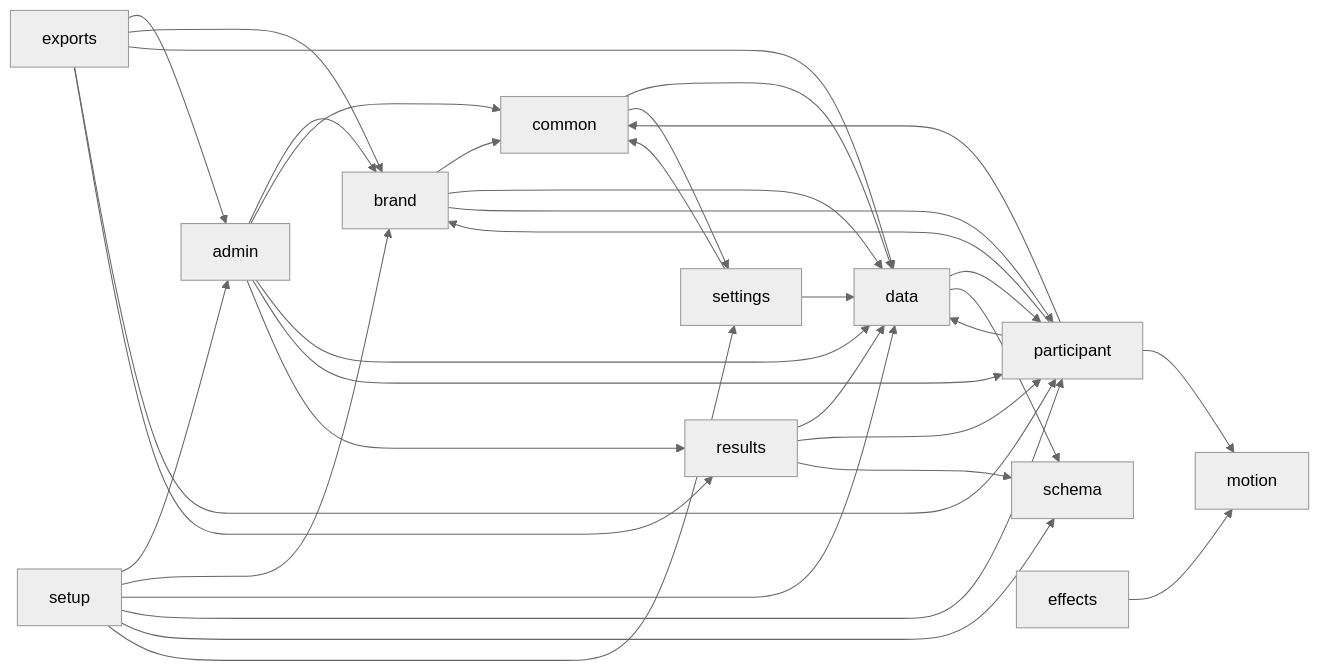
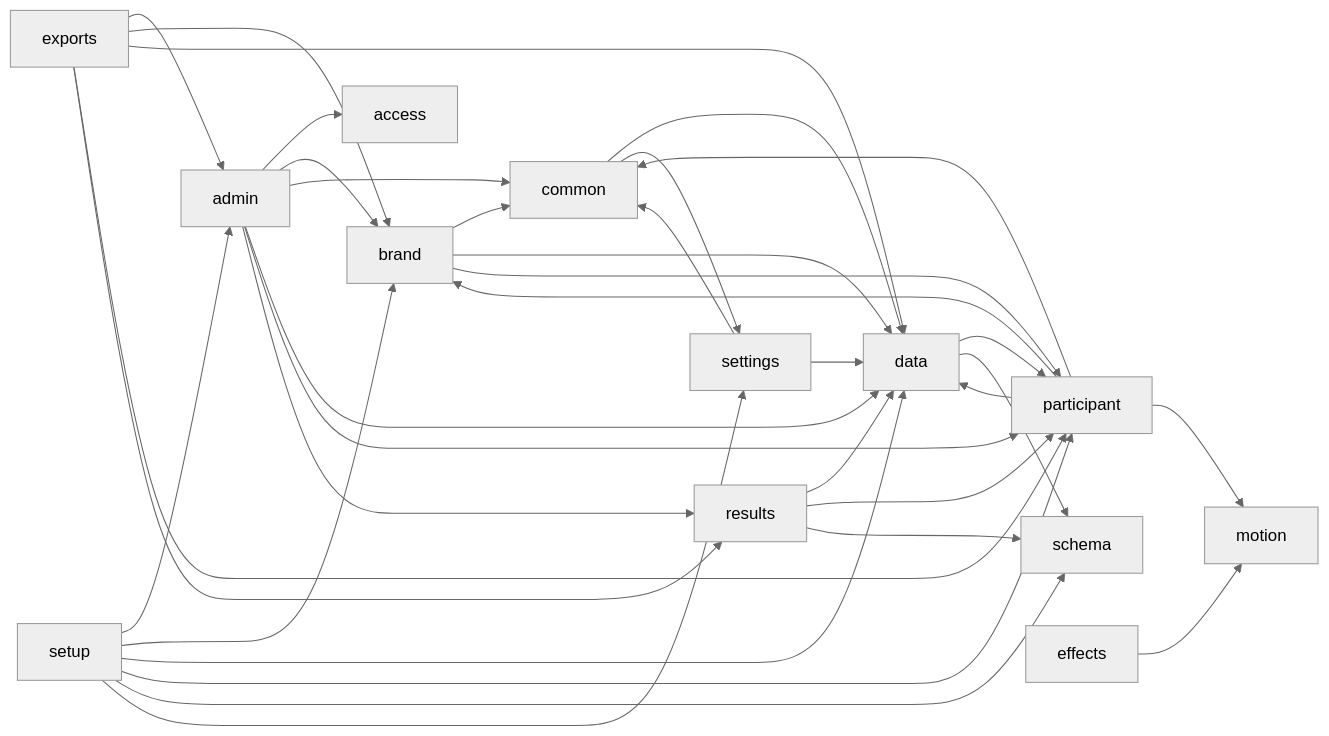
Before and after one commit to satyagames/pursuit-managed-services: the diagram in docs/MODULES.md, drawn with Mermaid (neutral theme). The commit also changed other lines of this file and 10 other files, not shown here.

````diff
--- a/docs/MODULES.md
+++ b/docs/MODULES.md
@@ -14,36 +14,37 @@
 ```mermaid
 flowchart LR
+  admin --> access
   admin --> brand
   admin --> common
   admin --> data
   admin --> participant
   admin --> results
   brand --> common
   brand --> data
   brand --> participant
   common --> data
   common --> settings
   data --> participant
   data --> schema
   effects --> motion
   exports --> admin
   exports --> brand
   exports --> data
   exports --> participant
   exports --> results
   participant --> brand
   participant --> common
   participant --> data
   participant --> motion
   results --> data
   results --> participant
   results --> schema
   settings --> common
   settings --> data
   setup --> admin
   setup --> brand
   setup --> data
   setup --> participant
   setup --> schema
   setup --> settings
 ```
````
